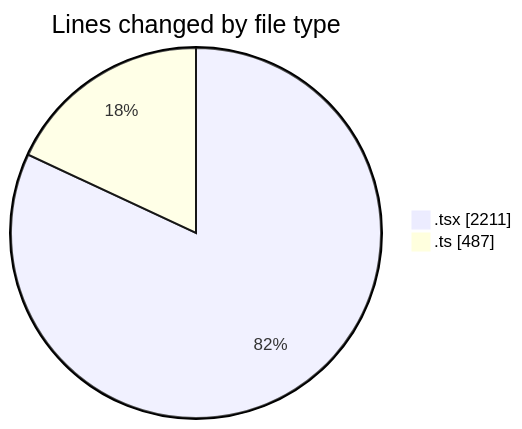
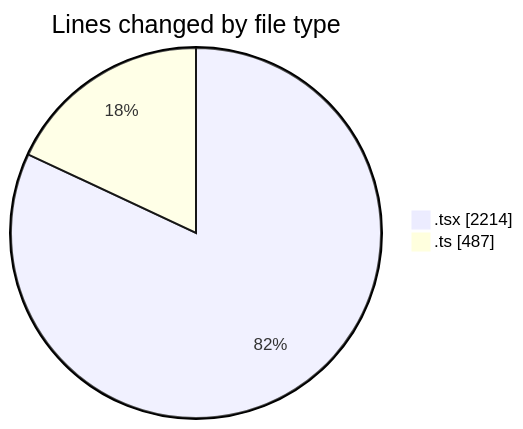
Before and after one commit to nxtqubesakshisongat/code-tracking: the first of 2 diagrams in 2026-03-31/nxtqube_webapp/README.md, drawn with Mermaid. The commit also changed other lines of this file and 1 other file, not shown here.

````diff
--- a/2026-03-31/nxtqube_webapp/README.md
+++ b/2026-03-31/nxtqube_webapp/README.md
@@ -23,6 +23,6 @@
 ```mermaid
 pie showData
 title Lines changed by file type
-".tsx" : 2211
+".tsx" : 2214
 ".ts" : 487
 ```
````
